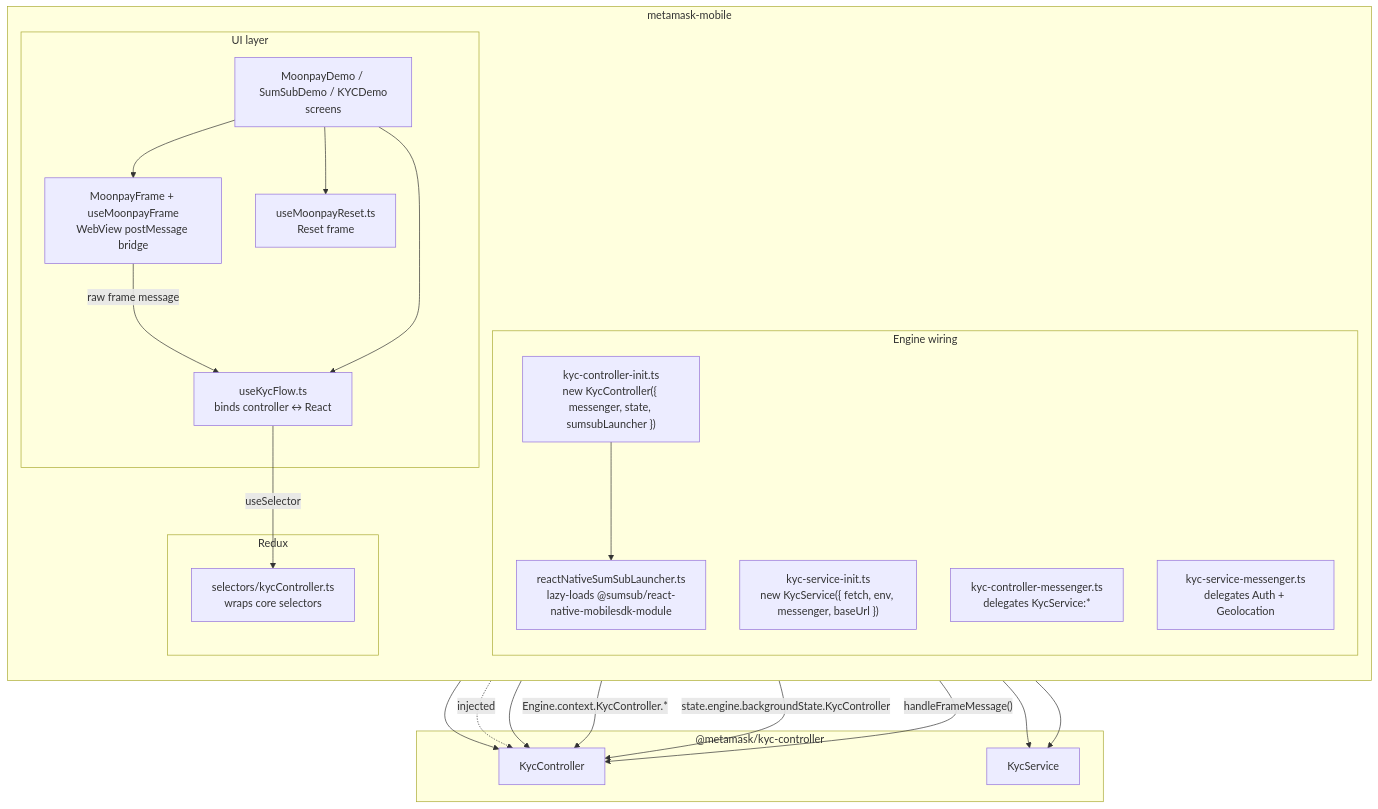
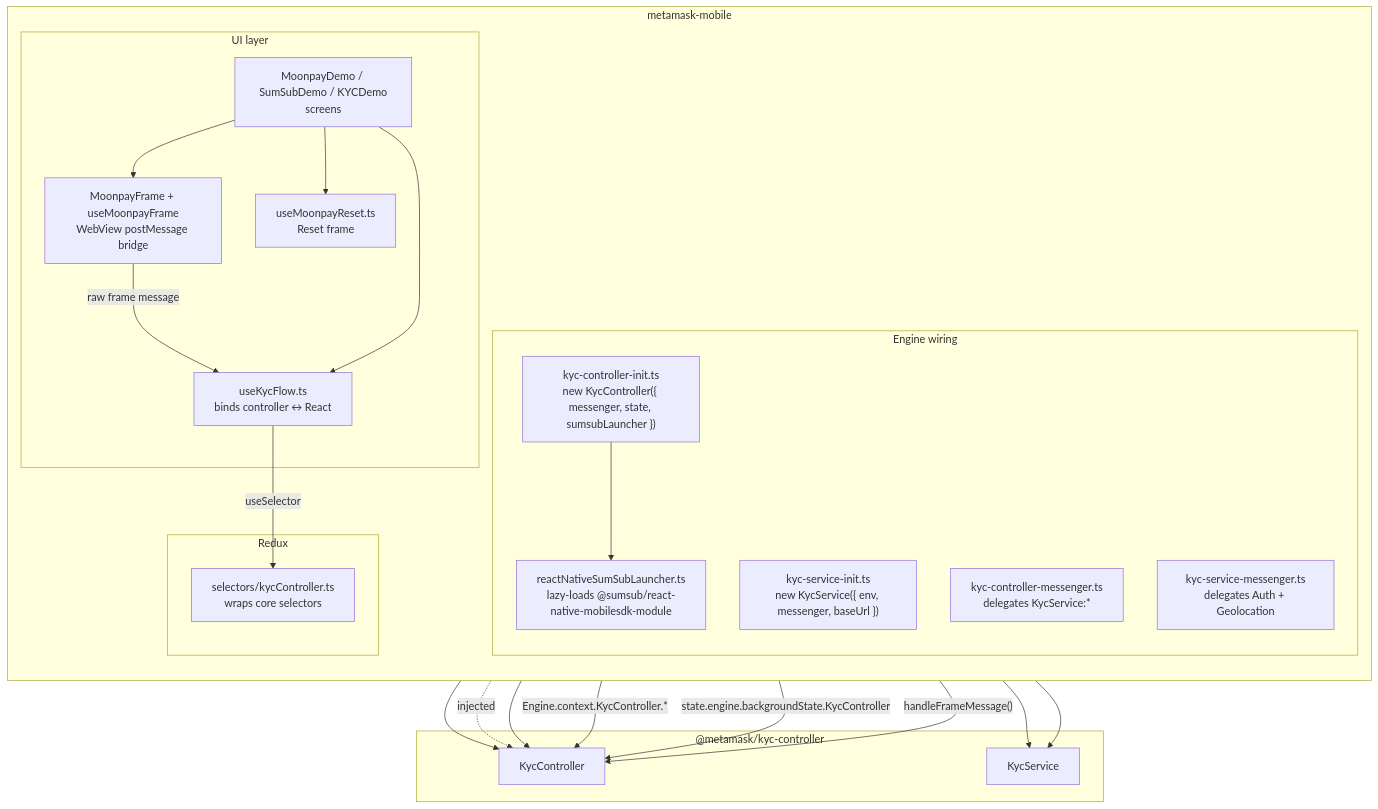
The ninth of 10 diagrams in packages/kyc-controller/ARCHITECTURE.md (MetaMask/core), drawn with Mermaid before and after one commit. The commit also changed 3 other files, not shown here.

````diff
--- a/packages/kyc-controller/ARCHITECTURE.md
+++ b/packages/kyc-controller/ARCHITECTURE.md
@@ -504,43 +504,43 @@
 ```mermaid
 graph TB
     subgraph app["metamask-mobile"]
         direction TB
         subgraph engine["Engine wiring"]
             CInit["kyc-controller-init.ts<br/>new KycController({ messenger, state, sumsubLauncher })"]
-            SInit["kyc-service-init.ts<br/>new KycService({ fetch, env, messenger, baseUrl })"]
+            SInit["kyc-service-init.ts<br/>new KycService({ env, messenger, baseUrl })"]
             CMsgr["kyc-controller-messenger.ts<br/>delegates KycService:*"]
             SMsgr["kyc-service-messenger.ts<br/>delegates Auth + Geolocation"]
             Launcher["reactNativeSumSubLauncher.ts<br/>lazy-loads @sumsub/react-native-mobilesdk-module"]
         end
         subgraph ui["UI layer"]
             Hook["useKycFlow.ts<br/>binds controller ↔ React"]
             Frame["MoonpayFrame + useMoonpayFrame<br/>WebView postMessage bridge"]
             Reset["useMoonpayReset.ts<br/>Reset frame"]
             Demo["MoonpayDemo / SumSubDemo / KYCDemo<br/>screens"]
         end
         subgraph redux["Redux"]
             Sel["selectors/kycController.ts<br/>wraps core selectors"]
         end
     end
 
     subgraph core["@metamask/kyc-controller"]
         KC["KycController"]
         KS["KycService"]
     end
 
     CInit --> KC
     SInit --> KS
     CInit --> Launcher
     Launcher -. injected .-> KC
     CMsgr --> KC
     SMsgr --> KS
 
     Hook -->|"Engine.context.KycController.*"| KC
     Hook -->|"useSelector"| Sel
     Sel -->|"state.engine.backgroundState.KycController"| KC
     Frame -->|"raw frame message"| Hook
     Hook -->|"handleFrameMessage()"| KC
     Demo --> Hook
     Demo --> Frame
     Demo --> Reset
 ```
````
